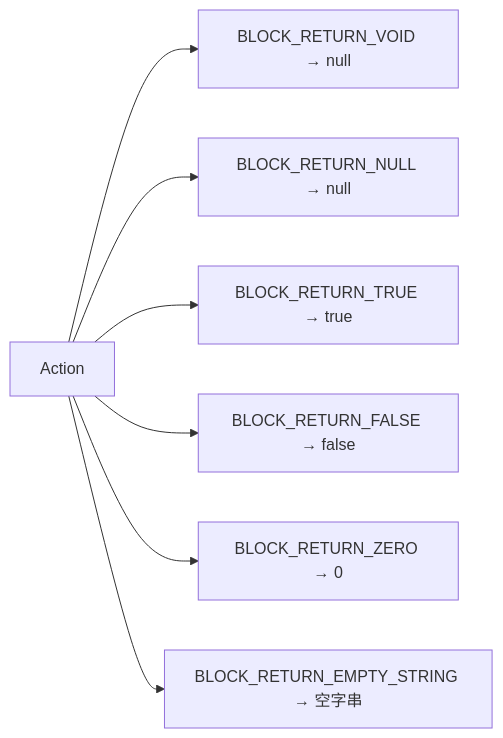
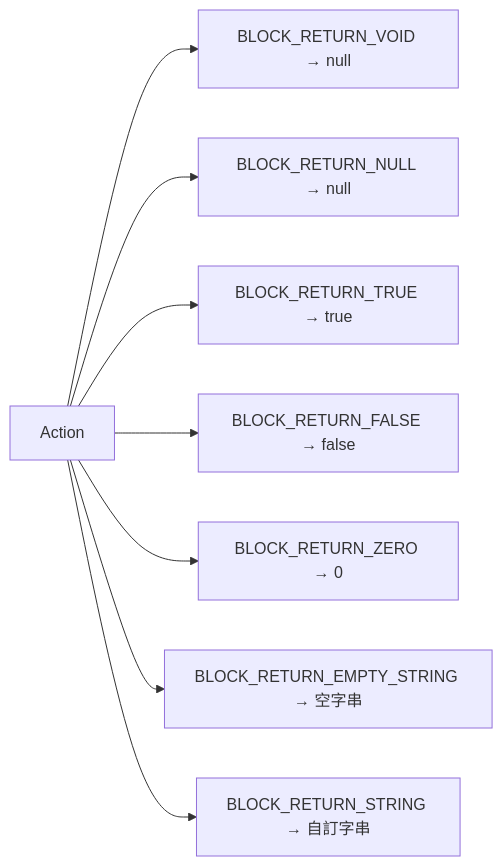
Before and after one commit to tzyyung/AdSweep: the second of 3 diagrams in doc/RULES.md, drawn with Mermaid. The commit also changed other lines of this file and 11 other files, not shown here.

First line of the commit message:
Add BLOCK_RETURN_STRING action and WebView CSS/JS ad injection

````diff
--- a/doc/RULES.md
+++ b/doc/RULES.md
@@ -97,9 +100,10 @@
 ```mermaid
 graph LR
     A[Action] --> B["BLOCK_RETURN_VOID → null"]
     A --> C["BLOCK_RETURN_NULL → null"]
     A --> D["BLOCK_RETURN_TRUE → true"]
     A --> E["BLOCK_RETURN_FALSE → false"]
     A --> F["BLOCK_RETURN_ZERO → 0"]
     A --> G["BLOCK_RETURN_EMPTY_STRING → 空字串"]
+    A --> H["BLOCK_RETURN_STRING → 自訂字串"]
 ```
````
